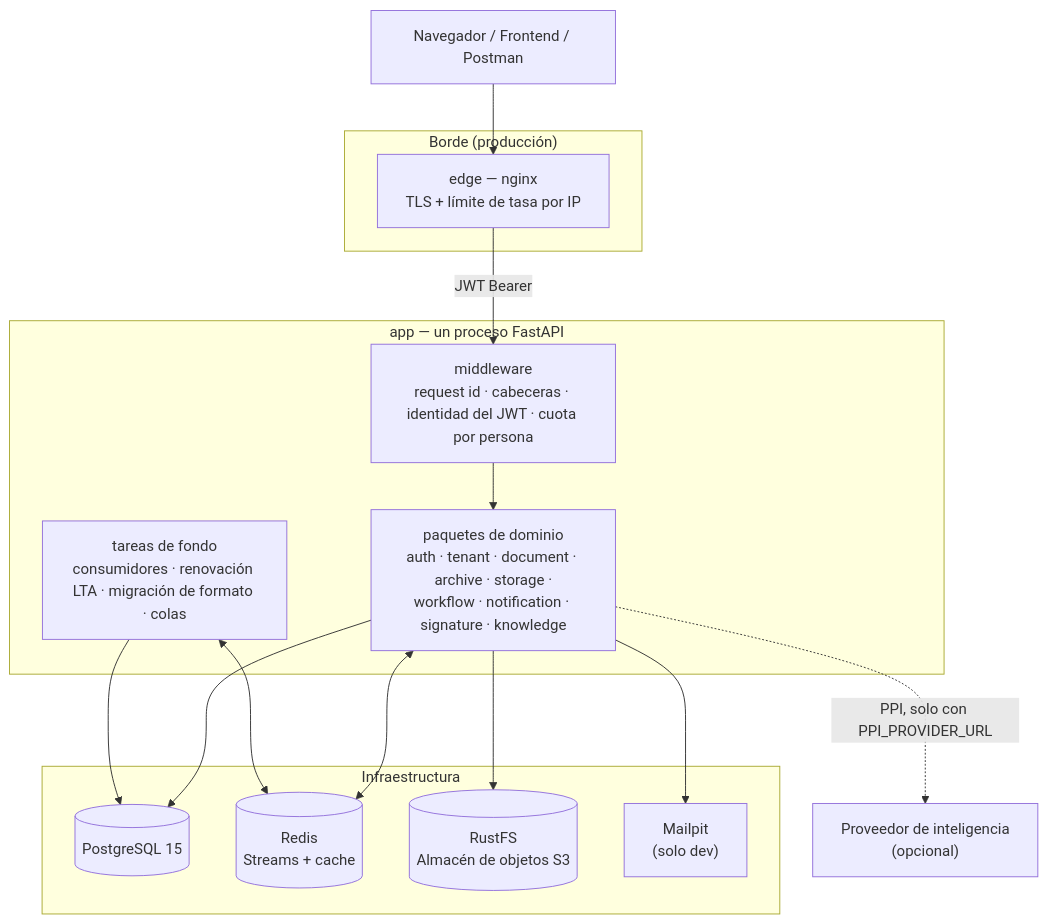
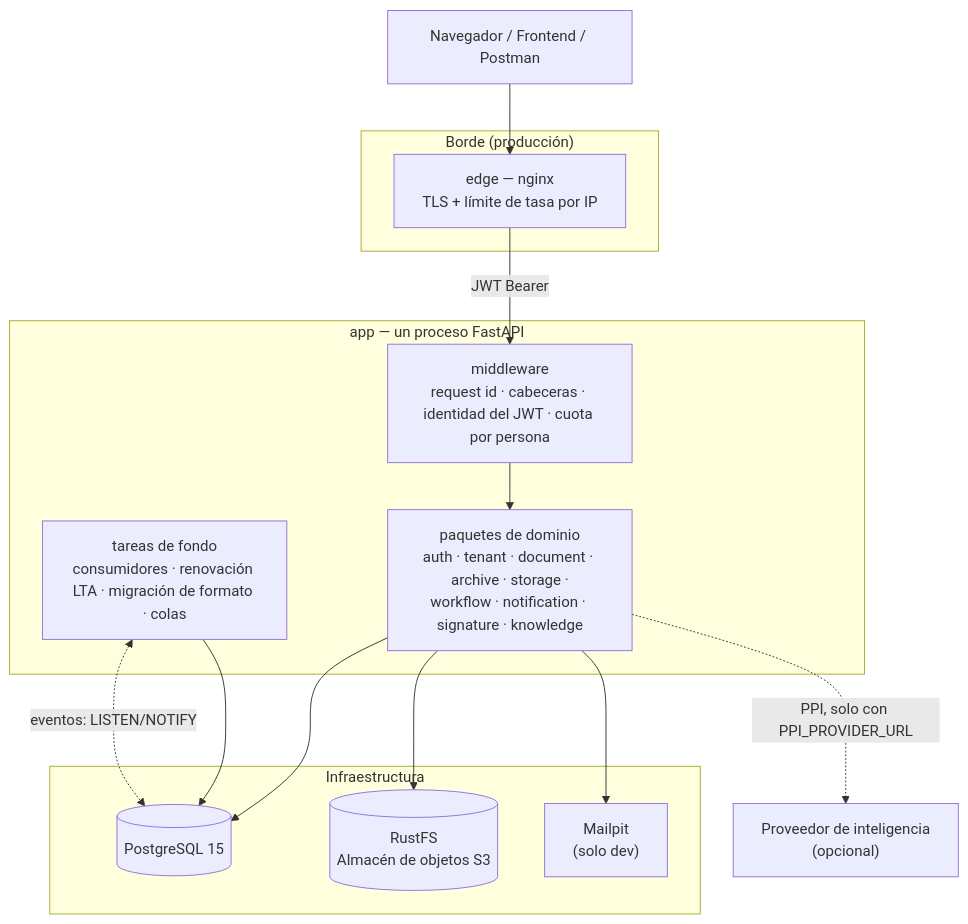
Before and after one commit to camilo1rp/docuboto: the first of 4 diagrams in docs/es/architecture.md, drawn with Mermaid. The commit also changed other lines of this file and 41 other files, not shown here.

````diff
--- a/docs/es/architecture.md
+++ b/docs/es/architecture.md
@@ -16,32 +16,30 @@
 ```mermaid
 graph TB
     Cliente["Navegador / Frontend / Postman"]
 
     subgraph borde["Borde (producción)"]
         EDGE["edge — nginx<br/>TLS + límite de tasa por IP"]
     end
 
     subgraph app["app — un proceso FastAPI"]
         MW["middleware<br/>request id · cabeceras · identidad del JWT · cuota por persona"]
         DOM["paquetes de dominio<br/>auth · tenant · document · archive · storage ·<br/>workflow · notification · signature · knowledge"]
         BG["tareas de fondo<br/>consumidores · renovación LTA · migración de formato · colas"]
         MW --> DOM
     end
 
     subgraph infra["Infraestructura"]
         PG[("PostgreSQL 15")]
-        REDIS[("Redis<br/>Streams + cache")]
         MINIO[("RustFS<br/>Almacén de objetos S3")]
         MAIL["Mailpit<br/>(solo dev)"]
     end
 
     Cliente --> EDGE
     EDGE -->|JWT Bearer| MW
     DOM --> PG
     BG --> PG
-    DOM <--> REDIS
-    BG <--> REDIS
+    BG <-.->|eventos: LISTEN/NOTIFY| PG
     DOM --> MINIO
     DOM --> MAIL
     DOM -.->|PPI, solo con PPI_PROVIDER_URL| PPI["Proveedor de inteligencia<br/>(opcional)"]
 ```
````
